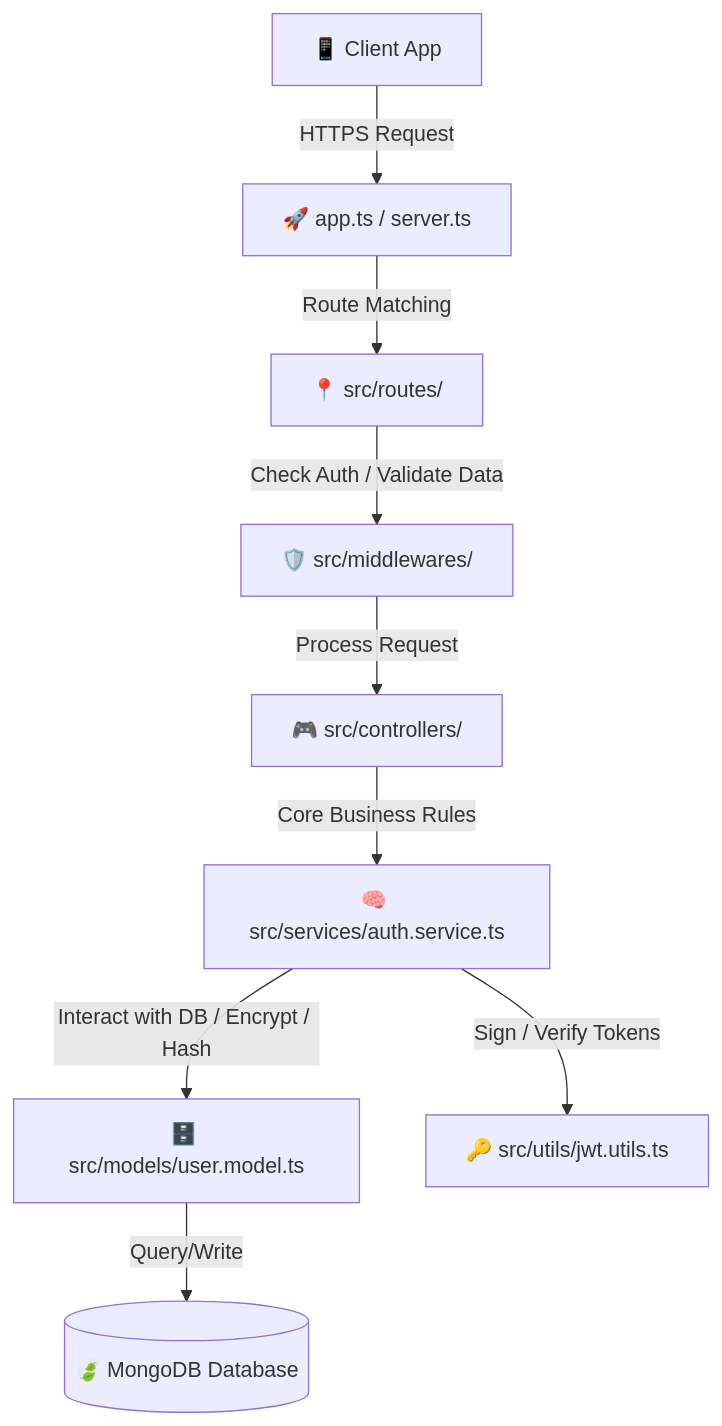
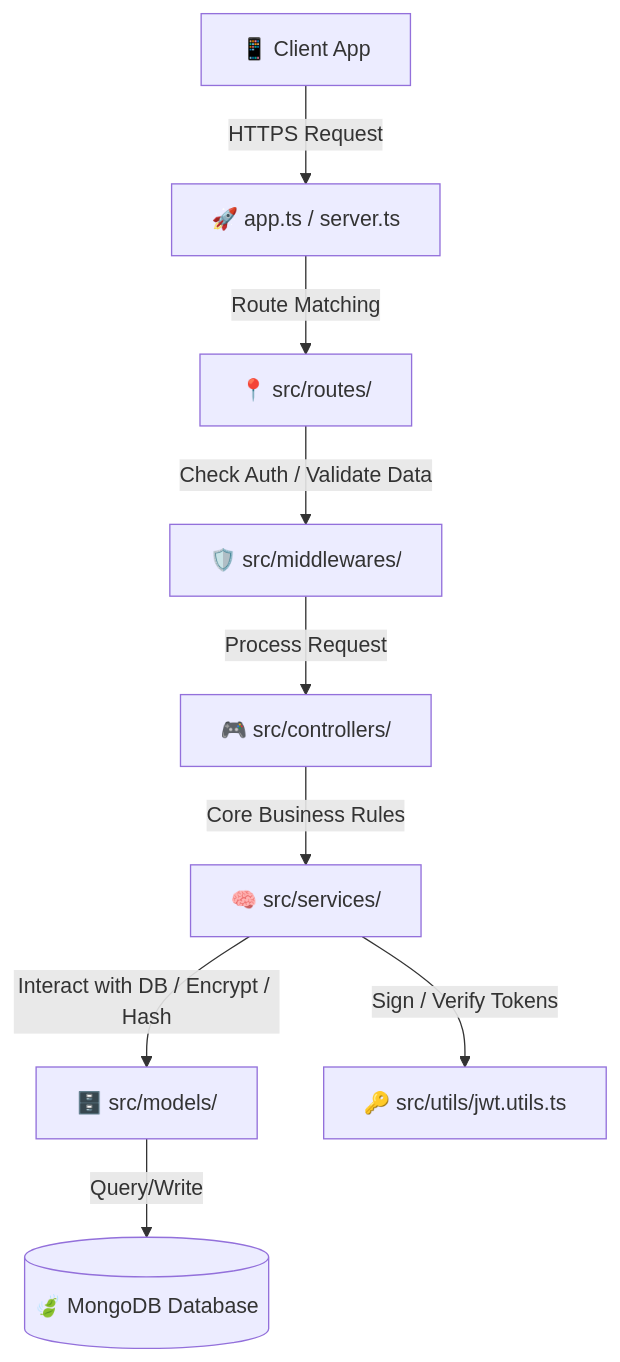
Before and after one commit to somidotun/nibss-wallet: the diagram in backend/README.md, drawn with Mermaid. The commit also changed other lines of this file and 9 other files, not shown here.

````diff
--- a/backend/README.md
+++ b/backend/README.md
@@ -134,11 +212,11 @@
 ```mermaid
 graph TD
     Client[📱 Client App] -->|HTTPS Request| Express[🚀 app.ts / server.ts]
     Express -->|Route Matching| Router[📍 src/routes/]
     Router -->|Check Auth / Validate Data| Middleware[🛡️ src/middlewares/]
     Middleware -->|Process Request| Controller[🎮 src/controllers/]
-    Controller -->|Core Business Rules| Service[🧠 src/services/auth.service.ts]
-    Service -->|Interact with DB / Encrypt / Hash| Model[🗄️ src/models/user.model.ts]
+    Controller -->|Core Business Rules| Service[🧠 src/services/]
+    Service -->|Interact with DB / Encrypt / Hash| Model[🗄️ src/models/]
     Service -->|Sign / Verify Tokens| JWT[🔑 src/utils/jwt.utils.ts]
     Model -->|Query/Write| MongoDB[(🍃 MongoDB Database)]
 ```
````
